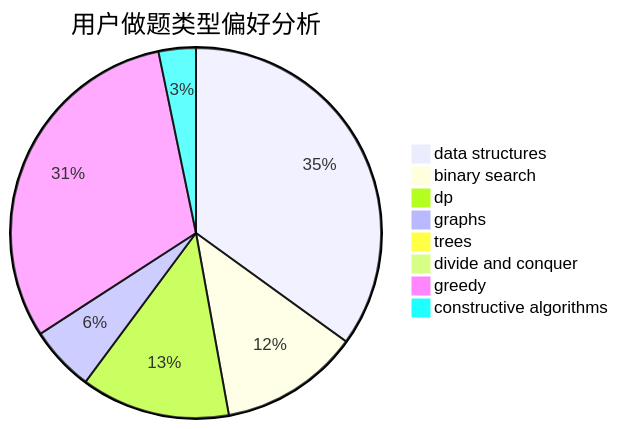
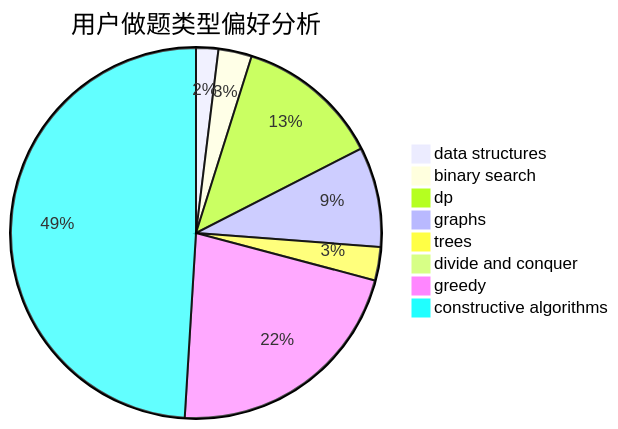
Before and after one commit to sherpahu/cfrs.github.io: the second of 3 diagrams in docs/user/u1619.md, drawn with Mermaid. The commit also changed other lines of this file and 2770 other files, not shown here.

````diff
--- a/docs/user/u1619.md
+++ b/docs/user/u1619.md
@@ -23,11 +23,11 @@
 ```mermaid
 pie title 用户做题类型偏好分析
-    "data structures" :  43
-    "binary search" :  15
-    "dp" :  16
-    "graphs" :  7
-    "trees" :  1
+    "data structures" :  4
+    "binary search" :  6
+    "dp" :  26
+    "graphs" :  18
+    "trees" :  6
     "divide and conquer" :  0
-    "greedy" :  38
-    "constructive algorithms" :  4
+    "greedy" :  45
+    "constructive algorithms" :  101
 ```
````
